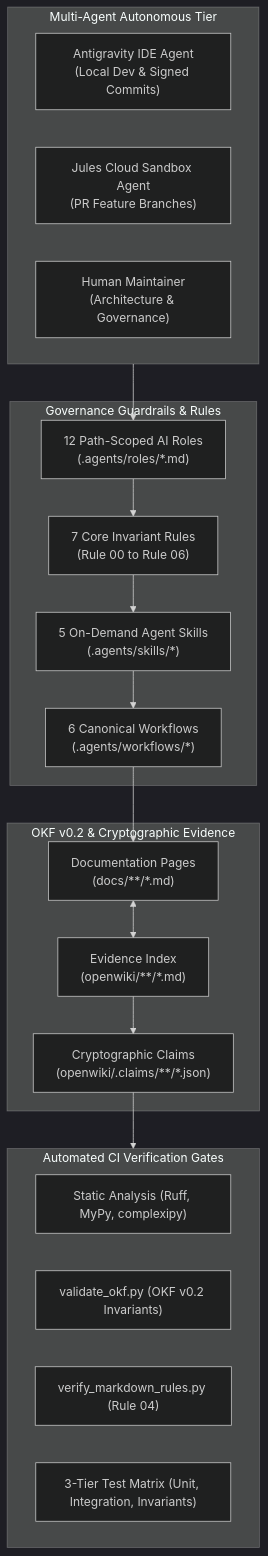
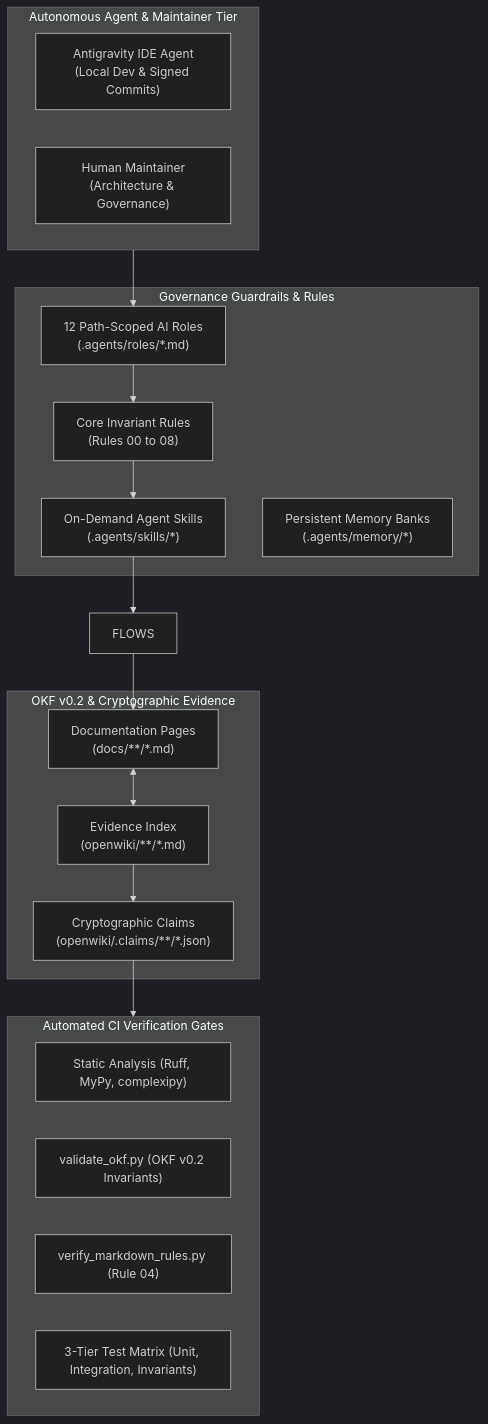
The first of 2 diagrams in docs/operations/agentic_governance_and_okf.md (foersben/taxon-vision-mlops), drawn with Mermaid (dark theme) before and after one commit. The commit also changed other lines of this file and 15 other files, not shown here.

First line of the commit message:
docs(architecture): synchronise package call graph, data-flow matrix, and operations specs

````diff
--- a/docs/operations/agentic_governance_and_okf.md
+++ b/docs/operations/agentic_governance_and_okf.md
@@ -22,37 +22,36 @@
 ```mermaid
 flowchart TD
-    subgraph Agents["Multi-Agent Autonomous Tier"]
+    subgraph Agents["Autonomous Agent & Maintainer Tier"]
         AGY["Antigravity IDE Agent<br/>(Local Dev & Signed Commits)"]
-        JUL["Jules Cloud Sandbox Agent<br/>(PR Feature Branches)"]
         HUM["Human Maintainer<br/>(Architecture & Governance)"]
     end
 
     subgraph Governance["Governance Guardrails & Rules"]
         ROLES["12 Path-Scoped AI Roles<br/>(.agents/roles/*.md)"]
-        RULES["7 Core Invariant Rules<br/>(Rule 00 to Rule 06)"]
-        SKILLS["5 On-Demand Agent Skills<br/>(.agents/skills/*)"]
-        FLOWS["6 Canonical Workflows<br/>(.agents/workflows/*)"]
+        RULES["Core Invariant Rules<br/>(Rules 00 to 08)"]
+        SKILLS["On-Demand Agent Skills<br/>(.agents/skills/*)"]
+        MEM["Persistent Memory Banks<br/>(.agents/memory/*)"]
     end
 
     subgraph OKF["OKF v0.2 & Cryptographic Evidence"]
         DOCS["Documentation Pages<br/>(docs/**/*.md)"]
         WIKI["Evidence Index<br/>(openwiki/**/*.md)"]
         CLAIMS["Cryptographic Claims<br/>(openwiki/.claims/**/*.json)"]
     end
 
     subgraph Gates["Automated CI Verification Gates"]
         LINT["Static Analysis (Ruff, MyPy, complexipy)"]
         VOKF["validate_okf.py (OKF v0.2 Invariants)"]
         MRULE["verify_markdown_rules.py (Rule 04)"]
         TESTS["3-Tier Test Matrix (Unit, Integration, Invariants)"]
     end
 
     Agents --> ROLES
     ROLES --> RULES
     RULES --> SKILLS
     SKILLS --> FLOWS
     FLOWS --> DOCS
     DOCS <--> WIKI
     WIKI --> CLAIMS
     CLAIMS --> Gates
 ```
````
